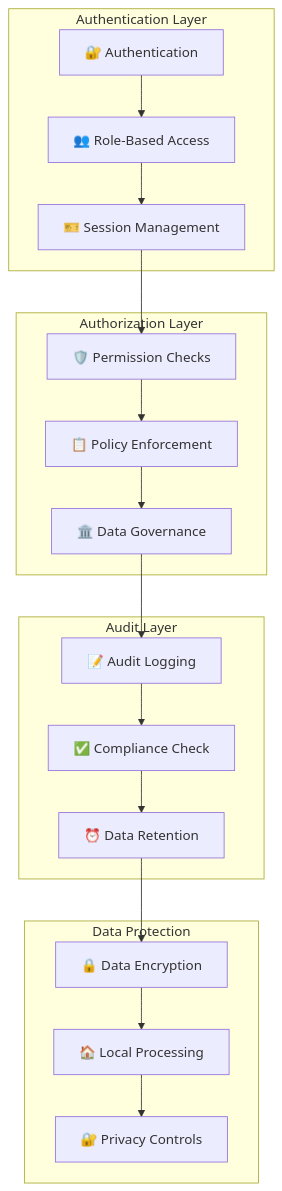
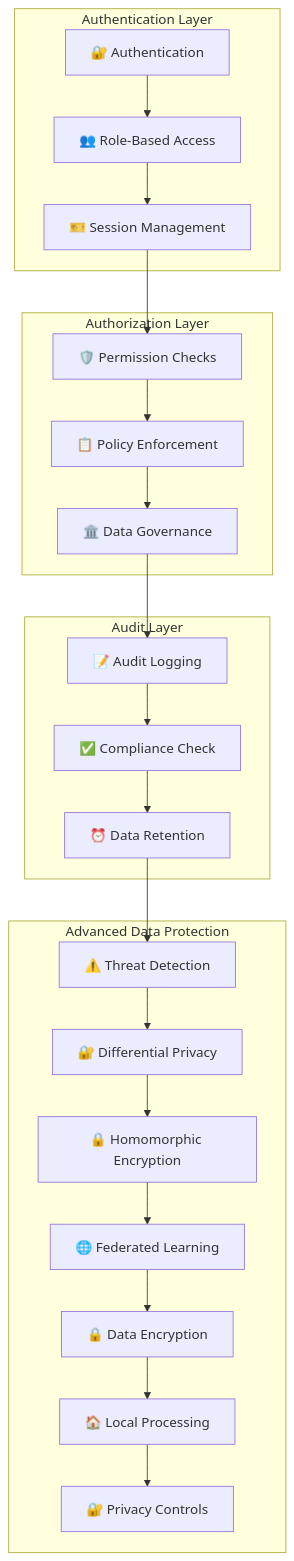
One commit to VIKAS9793/moatmetrics changed diagram 11 of 15 in moatmetrics/docs/ARCHITECTURE.md. Above: the diagram before and after it, drawn with Mermaid. The commit also changed other lines of this file and 36 other files, not shown here.

````diff
--- a/moatmetrics/docs/ARCHITECTURE.md
+++ b/moatmetrics/docs/ARCHITECTURE.md
@@ -347,41 +382,49 @@
 ```mermaid
 flowchart TB
     subgraph "Authentication Layer"
         Auth["🔐 Authentication"]
         RBAC["👥 Role-Based Access"]
         Sessions["🎫 Session Management"]
     end
     
     subgraph "Authorization Layer"
         Permissions["🛡️ Permission Checks"]
         Policies["📋 Policy Enforcement"]
         DataGov["🏛️ Data Governance"]
     end
     
     subgraph "Audit Layer"
         AuditLog["📝 Audit Logging"]
         Compliance["✅ Compliance Check"]
         Retention["⏰ Data Retention"]
     end
     
-    subgraph "Data Protection"
+    subgraph "Advanced Data Protection"
+        ThreatDetection["⚠️ Threat Detection"]
+        DiffPrivacy["🔐 Differential Privacy"]
+        HomomorphicEnc["🔒 Homomorphic Encryption"]
+        FederatedLearning["🌐 Federated Learning"]
         Encryption["🔒 Data Encryption"]
         LocalOnly["🏠 Local Processing"]
         Privacy["🔐 Privacy Controls"]
     end
     
     Auth --> RBAC
     RBAC --> Sessions
     
     Sessions --> Permissions
     Permissions --> Policies
     Policies --> DataGov
     
     DataGov --> AuditLog
     AuditLog --> Compliance
     Compliance --> Retention
     
-    Retention --> Encryption
+    Retention --> ThreatDetection
+    ThreatDetection --> DiffPrivacy
+    DiffPrivacy --> HomomorphicEnc
+    HomomorphicEnc --> FederatedLearning
+    FederatedLearning --> Encryption
     Encryption --> LocalOnly
     LocalOnly --> Privacy
 ```
````
